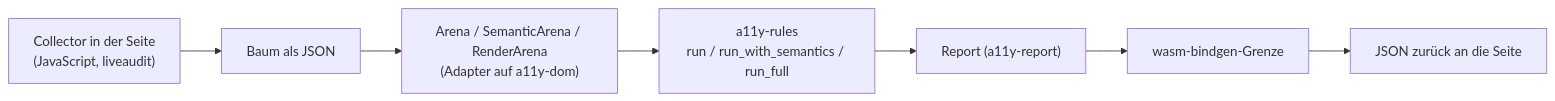
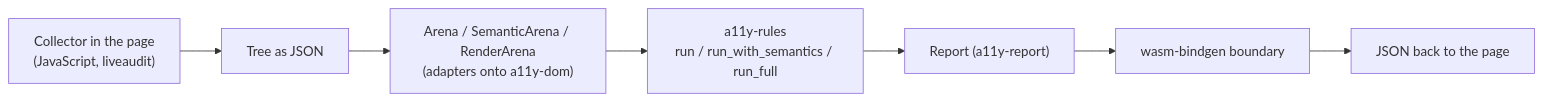
One commit to casoon/barrierlab changed the diagram in docs/packages/a11y-wasm.md. Above: the diagram before and after it, drawn with Mermaid. The commit also changed other lines of this file and 25 other files, not shown here.

````diff
--- a/docs/packages/a11y-wasm.md
+++ b/docs/packages/a11y-wasm.md
@@ -21,9 +21,9 @@
 ```mermaid
 flowchart LR
-  coll["Collector in der Seite\n(JavaScript, liveaudit)"] --> tree["Baum als JSON"]
-  tree --> arena["Arena / SemanticArena / RenderArena\n(Adapter auf a11y-dom)"]
+  coll["Collector in the page\n(JavaScript, liveaudit)"] --> tree["Tree as JSON"]
+  tree --> arena["Arena / SemanticArena / RenderArena\n(adapters onto a11y-dom)"]
   arena --> rules["a11y-rules\nrun / run_with_semantics / run_full"]
   rules --> rep["Report (a11y-report)"]
-  rep --> bind["wasm-bindgen-Grenze"]
-  bind --> js["JSON zurück an die Seite"]
+  rep --> bind["wasm-bindgen boundary"]
+  bind --> js["JSON back to the page"]
 ```
````
